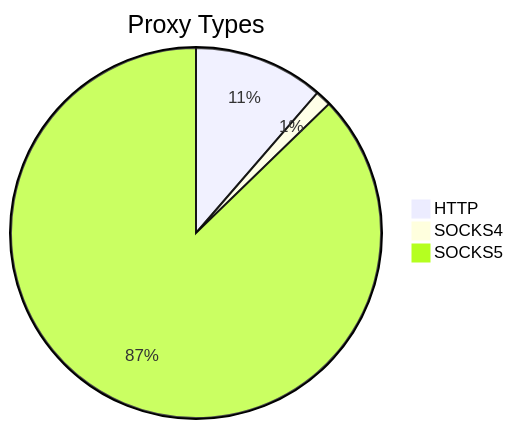
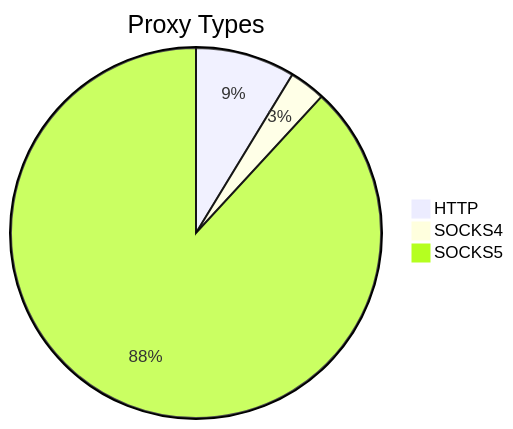
One commit to stormsia/proxy-list changed the first of 2 diagrams in README.md. Above: the diagram before and after it, drawn with Mermaid. The commit also changed other lines of this file, not shown here.

````diff
--- a/README.md
+++ b/README.md
@@ -21,6 +21,6 @@
 ```mermaid
 pie title Proxy Types
-    "HTTP" : 222
-    "SOCKS4" : 27
-    "SOCKS5" : 1706
+    "HTTP" : 365
+    "SOCKS4" : 132
+    "SOCKS5" : 3699
 ```
````
